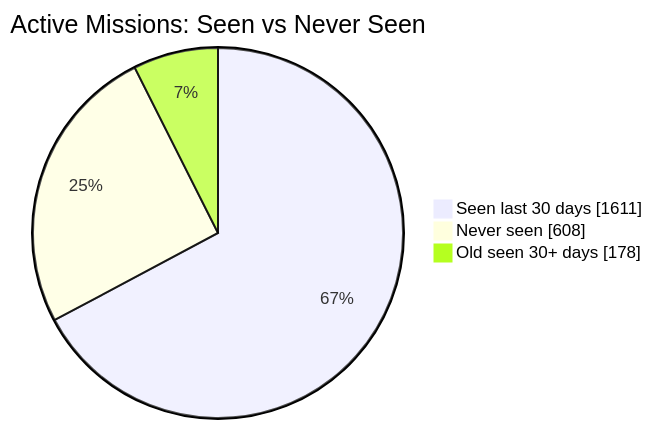
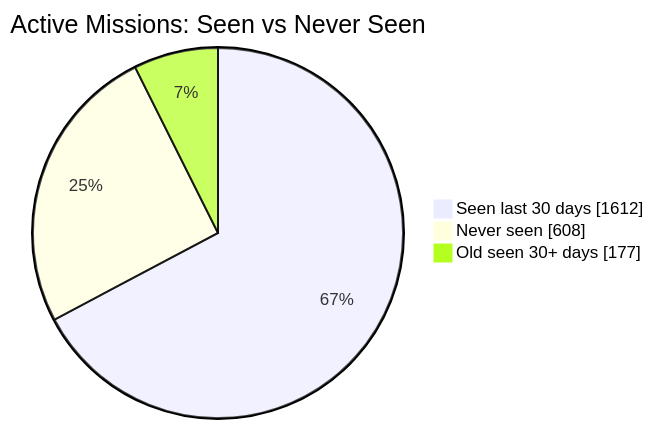
Before and after one commit to MeldkamerspelGameTeam/active-missions: the first of 2 diagrams in README.md, drawn with Mermaid. The commit also changed other lines of this file and 2 other files, not shown here.

````diff
--- a/README.md
+++ b/README.md
@@ -34,7 +34,7 @@
 ```mermaid
 pie showData
     title Active Missions: Seen vs Never Seen
-    "Seen last 30 days" : 1611
+    "Seen last 30 days" : 1612
     "Never seen" : 608
-    "Old seen 30+ days" : 178
+    "Old seen 30+ days" : 177
 ```
````
